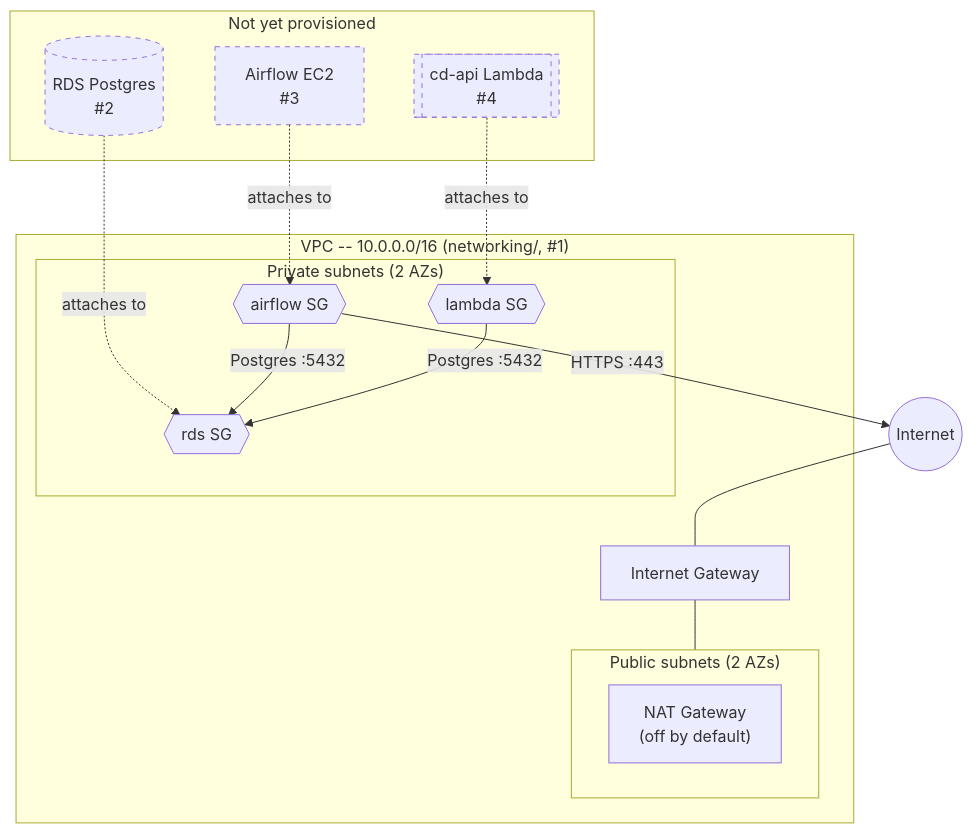
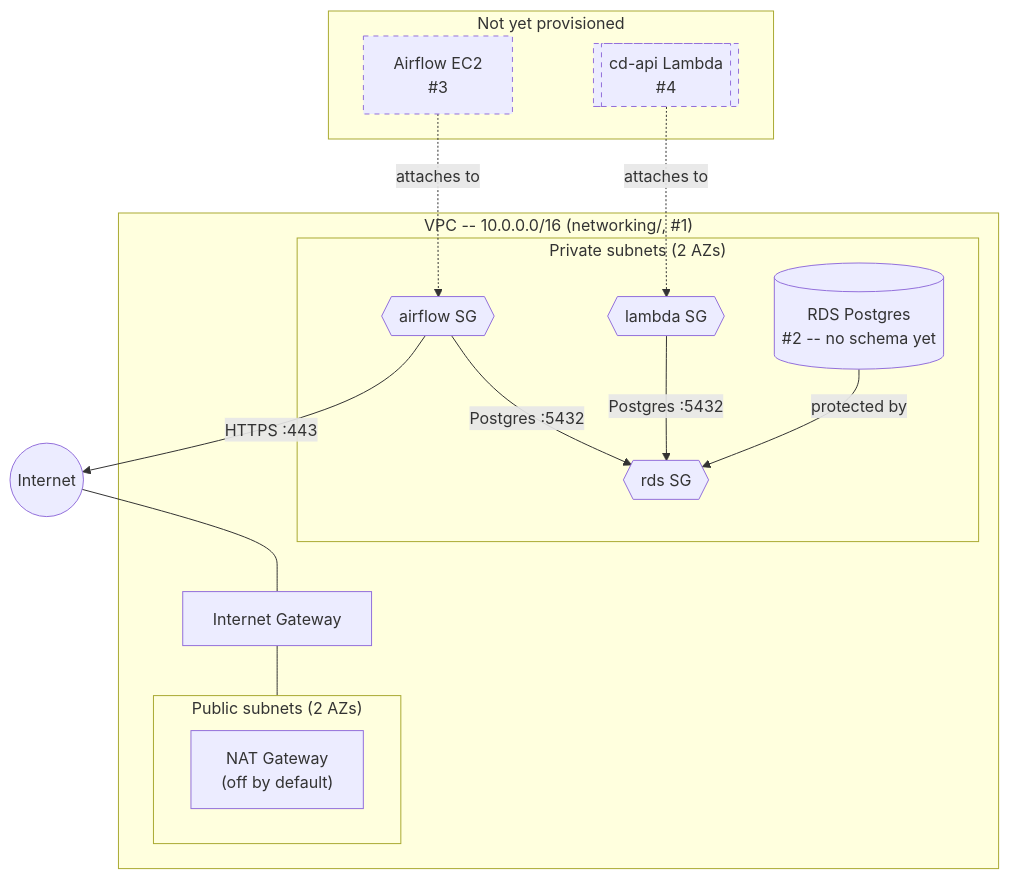
The diagram in README.md (rchacon/cd-infra), drawn with Mermaid before and after one commit. The commit also changed other lines of this file and 6 other files, not shown here.

First line of the commit message:
Provision RDS Postgres via Terraform (#2)

````diff
--- a/README.md
+++ b/README.md
@@ -8,38 +8,38 @@
 ```mermaid
 flowchart TB
     internet(("Internet"))
 
     subgraph vpc["VPC -- 10.0.0.0/16 (networking/, #1)"]
         igw["Internet Gateway"]
 
         subgraph pub["Public subnets (2 AZs)"]
             nat["NAT Gateway<br/>(off by default)"]
         end
 
         subgraph priv["Private subnets (2 AZs)"]
             rds_sg{{"rds SG"}}
             airflow_sg{{"airflow SG"}}
             lambda_sg{{"lambda SG"}}
+            rds[("RDS Postgres<br/>#2 -- no schema yet")]
         end
     end
 
     subgraph future["Not yet provisioned"]
-        rds[("RDS Postgres<br/>#2")]
         airflow["Airflow EC2<br/>#3"]
         lambda[["cd-api Lambda<br/>#4"]]
     end
 
     internet --- igw
     igw --- pub
 
+    rds -- protected by --> rds_sg
     airflow -. attaches to .-> airflow_sg
     lambda -. attaches to .-> lambda_sg
-    rds -. attaches to .-> rds_sg
 
     airflow_sg -- "HTTPS :443" --> internet
     airflow_sg -- "Postgres :5432" --> rds_sg
     lambda_sg -- "Postgres :5432" --> rds_sg
 
     classDef planned stroke-dasharray: 5 5
-    class rds,airflow,lambda planned
+    class airflow,lambda planned
 ```
````
